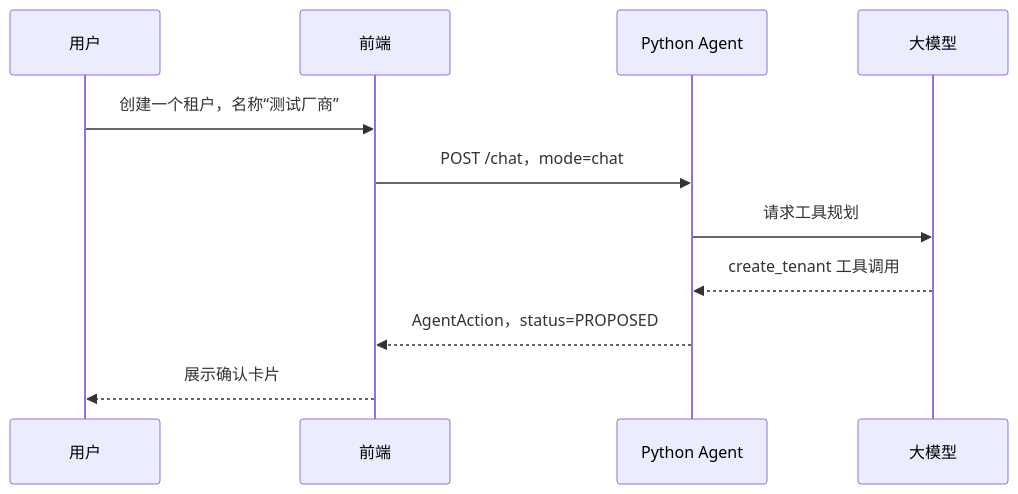
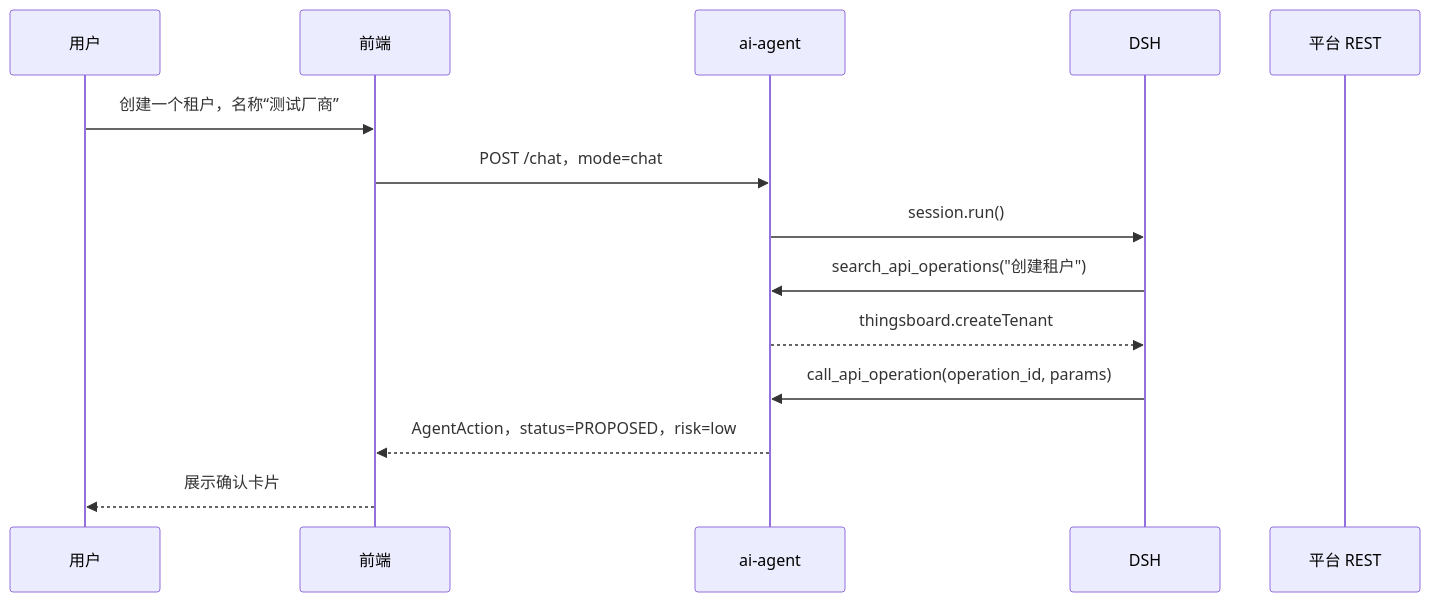
Before and after one commit to beancookie/thingsboard: the second of 3 diagrams in docs/11-AI-Agent对话助手方案.md, drawn with Mermaid. The commit also changed other lines of this file and 115 other files, not shown here.

First line of the commit message:
feat: add DSH agent tooling, media gateway, and consolidate AI Agent docs

````diff
--- a/docs/11-AI-Agent对话助手方案.md
+++ b/docs/11-AI-Agent对话助手方案.md
@@ -332,14 +514,17 @@
 ```mermaid
 sequenceDiagram
   participant U as 用户
   participant FE as 前端
-  participant A as Python Agent
-  participant M as 大模型
+  participant A as ai-agent
+  participant D as DSH
+  participant M as 平台 REST
 
   U->>FE: 创建一个租户，名称“测试厂商”
   FE->>A: POST /chat，mode=chat
-  A->>M: 请求工具规划
-  M-->>A: create_tenant 工具调用
-  A-->>FE: AgentAction，status=PROPOSED
+  A->>D: session.run()
+  D->>A: search_api_operations("创建租户")
+  A-->>D: thingsboard.createTenant
+  D->>A: call_api_operation(operation_id, params)
+  A-->>FE: AgentAction，status=PROPOSED，risk=low
   FE-->>U: 展示确认卡片
 ```
````
